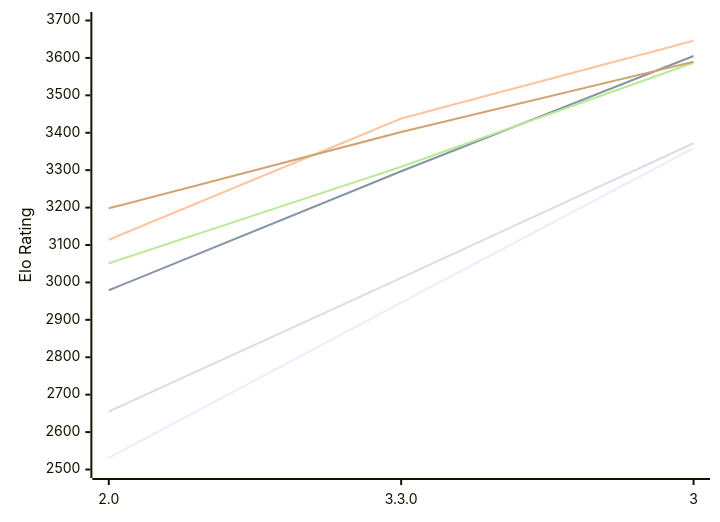
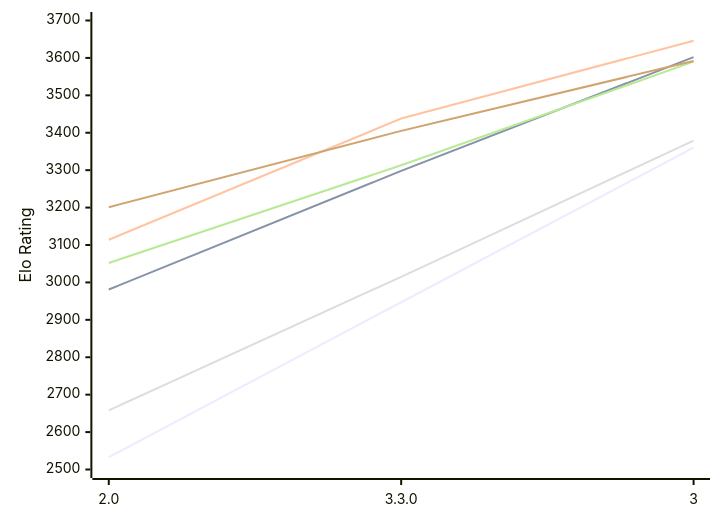
One commit to computer-chess-index/cci changed the diagram in engines/Ravager.md. Above: the diagram before and after it, drawn with Mermaid. The commit also changed other lines of this file, not shown here.

Commit message:
Update CCI Ratings (ELO VLTC) - 2026-11-24

````diff
--- a/engines/Ravager.md
+++ b/engines/Ravager.md
@@ -51,12 +51,12 @@
 ```mermaid
 %%{init: {"theme":"base","themeVariables":{"seriesColors:['#a3a3a3','#222221','#faa371']}}}%%
 xychart-beta
   x-axis ["2.0", "3.3.0", "3"]
   y-axis "Elo Rating" 2500 --> 3700
-  line "E1: STC (8.0+0.08s)" [2531, 2946, 3359]
-  line "E1: LTC (60.0+0.60s)" [2979, 3297, 3605]
+  line "E1: STC (8.0+0.08s)" [2533, 2947, 3360]
+  line "E1: LTC (60.0+0.60s)" [2981, 3298, 3602]
   line "E1: VLTC (2m24s+1.12s)" [3114, 3438, 3646]
-  line "P1: STC (8.0+0.08s)" [2655, 3012, 3372]
-  line "P1: LTC (60.0+0.60s)" [3051, 3309, 3587]
-  line "P1: VLTC (2m24s+1.12s)" [3198, 3402, 3590]
+  line "P1: STC (8.0+0.08s)" [2658, 3015, 3379]
+  line "P1: LTC (60.0+0.60s)" [3052, 3313, 3590]
+  line "P1: VLTC (2m24s+1.12s)" [3201, 3405, 3592]
 ```
````
